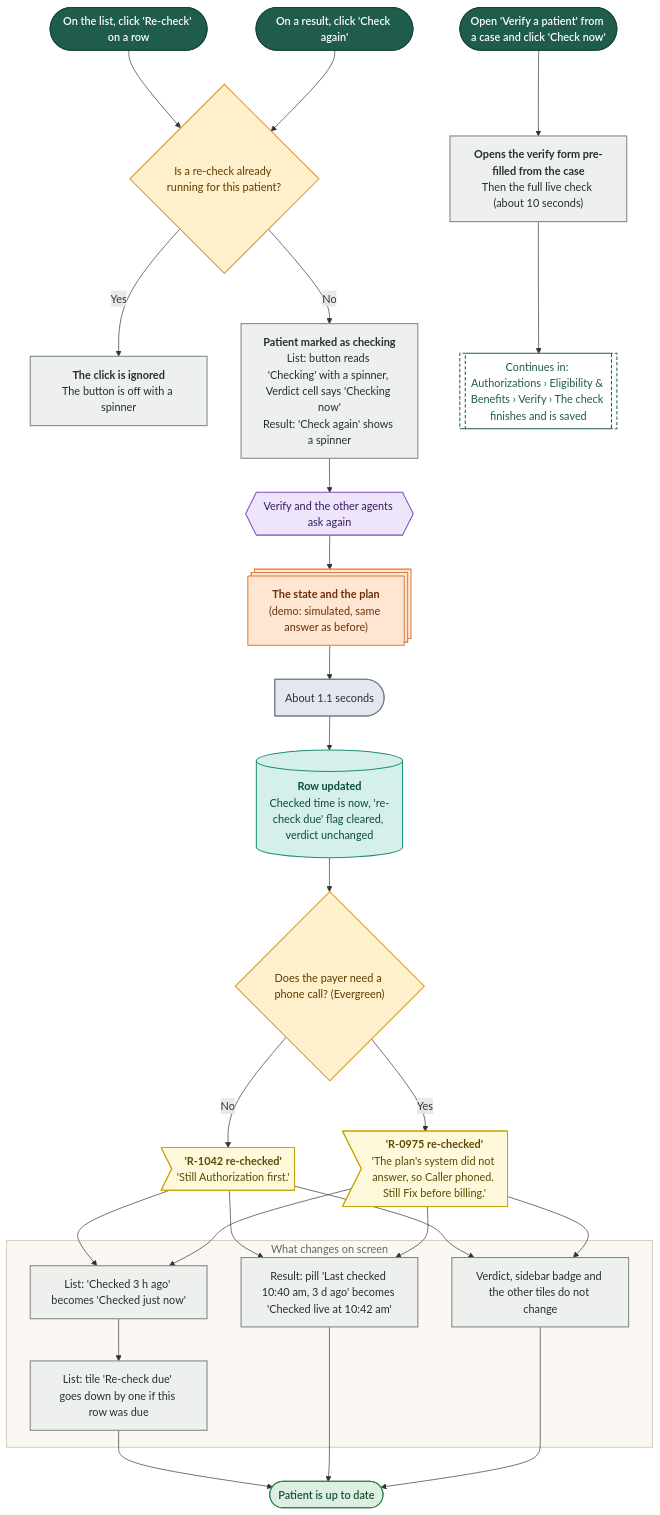
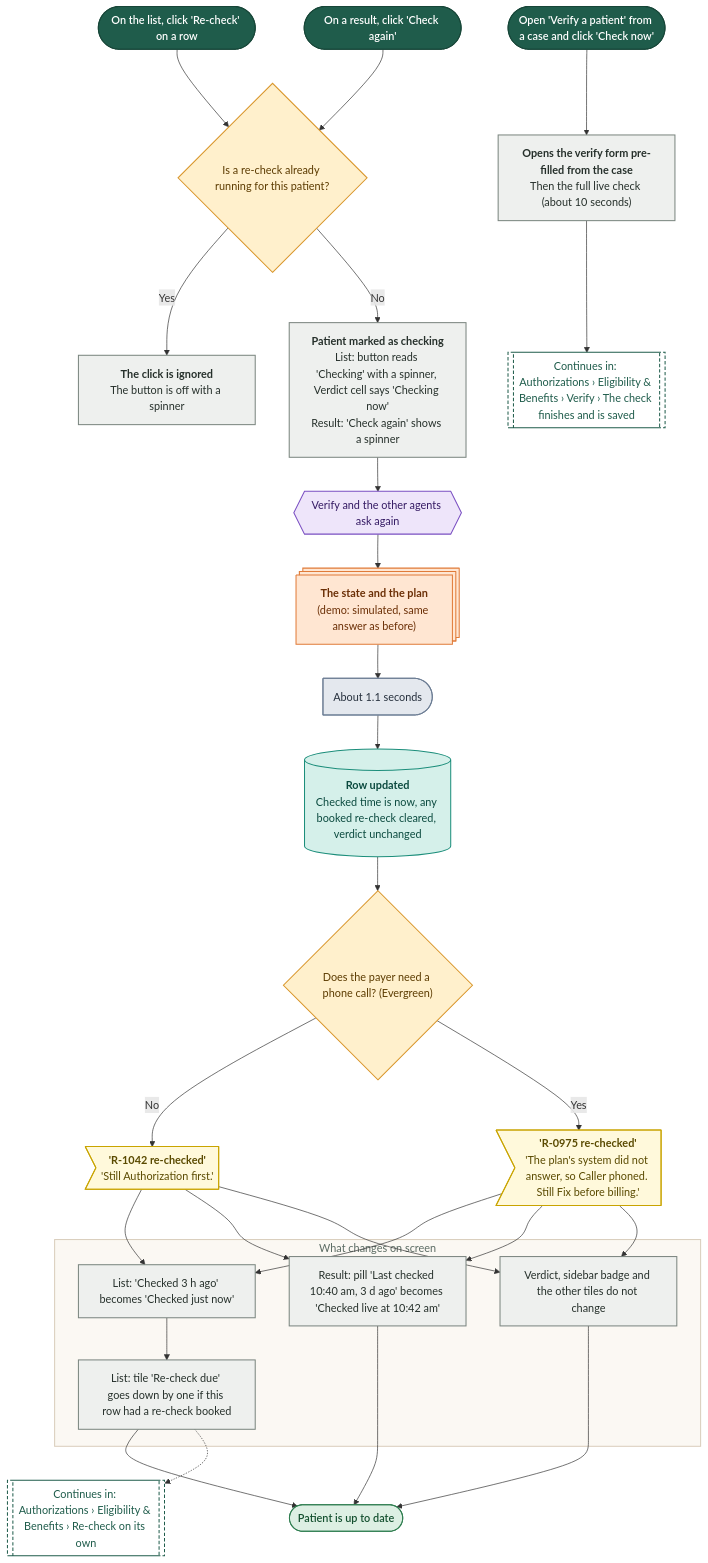
One commit to Shrav143/psyfloapp changed diagram 17 of 19 in demos/prior-auth-demo/workflows/out/md/05-eligibility.md. Above: the diagram before and after it, drawn with Mermaid. The commit also changed other lines of this file and 195 other files, not shown here.

First line of the commit message:
docs: Rebuild workflow diagrams after the demo fixes (220 diagrams)

````diff
--- a/demos/prior-auth-demo/workflows/out/md/05-eligibility.md
+++ b/demos/prior-auth-demo/workflows/out/md/05-eligibility.md
@@ -1172,65 +1304,67 @@
 ```mermaid
 %%{init: {"theme":"base","themeVariables":{"fontFamily":"'DM Sans', 'Segoe UI', system-ui, sans-serif","fontSize":"15px","lineColor":"#5B6B63","primaryTextColor":"#1C2B25","clusterBkg":"#FBF8F3","clusterBorder":"#D9CDBB","edgeLabelBackground":"#FFFFFF"},"flowchart":{"curve":"basis","nodeSpacing":36,"rankSpacing":48,"padding":12,"htmlLabels":true,"useMaxWidth":false,"wrappingWidth":230}} }%%
 flowchart TD
   classDef k_start fill:#1F5C4B,stroke:#174638,color:#FFFFFF,stroke-width:1.5px,font-weight:600
   classDef k_end fill:#DDEFE3,stroke:#2E7D4F,color:#14502F,stroke-width:1.5px,font-weight:600
   classDef k_endx fill:#FBE3E0,stroke:#C0392B,color:#7A1F16,stroke-width:1.5px,font-weight:600
   classDef k_screen fill:#FFFDF8,stroke:#1F5C4B,color:#1C2B25,stroke-width:2px
   classDef k_overlay fill:#F1F7F3,stroke:#1F5C4B,color:#1C2B25,stroke-width:2px,stroke-dasharray:5 3
   classDef k_click fill:#DCEBFA,stroke:#2F6DB5,color:#12365F,stroke-width:1.5px
   classDef k_input fill:#E4E7FF,stroke:#4C5FD5,color:#1D2670,stroke-width:1.5px
   classDef k_process fill:#EEF0EE,stroke:#7A857F,color:#26302B,stroke-width:1.5px
   classDef k_agent fill:#EEE5FA,stroke:#7A4FC2,color:#341A63,stroke-width:1.5px
   classDef k_decision fill:#FFF0CC,stroke:#D9962B,color:#5C3B00,stroke-width:1.5px
   classDef k_store fill:#D5F0EA,stroke:#1C8E7B,color:#0B4A3F,stroke-width:1.5px
   classDef k_doc fill:#F6E9DC,stroke:#B07A4C,color:#4A2E14,stroke-width:1.5px
   classDef k_ext fill:#FFE6D2,stroke:#E07B39,color:#6B2F06,stroke-width:1.5px
   classDef k_wait fill:#E4E8EE,stroke:#6B7C93,color:#26303D,stroke-width:1.5px
   classDef k_toast fill:#FFF9DB,stroke:#C9A400,color:#5A4A00,stroke-width:1.5px
   classDef k_goto fill:#FFFFFF,stroke:#1F5C4B,color:#1F5C4B,stroke-width:1.5px,stroke-dasharray:5 3
   a1@{ shape: stadium, label: "On the list, click 'Re-check' on a row" }
   a2@{ shape: stadium, label: "On a result, click 'Check again'" }
   a3@{ shape: stadium, label: "Open 'Verify a patient' from a case and click 'Check now'" }
   q1@{ shape: diam, label: "Is a re-check already running for this patient?" }
   p1@{ shape: rect, label: "<b>The click is ignored</b><br/>The button is off with a spinner" }
   p2@{ shape: rect, label: "<b>Patient marked as checking</b><br/>List: button reads 'Checking' with a spinner, Verdict cell says 'Checking now'<br/>Result: 'Check again' shows a spinner" }
   g0@{ shape: hex, label: "Verify and the other agents ask again" }
   x1@{ shape: st-rect, label: "<b>The state and the plan</b><br/>(demo: simulated, same answer as before)" }
   w1@{ shape: delay, label: "About 1.1 seconds" }
-  st1@{ shape: cyl, label: "<b>Row updated</b><br/>Checked time is now, 're-check due' flag cleared, verdict unchanged" }
+  st1@{ shape: cyl, label: "<b>Row updated</b><br/>Checked time is now, any booked re-check cleared, verdict unchanged" }
   q2@{ shape: diam, label: "Does the payer need a phone call? (Evergreen)" }
   t1@{ shape: odd, label: "<b>'R-1042 re-checked'</b><br/>'Still Authorization first.'" }
   t2@{ shape: odd, label: "<b>'R-0975 re-checked'</b><br/>'The plan's system did not answer, so Caller phoned. Still Fix before billing.'" }
   subgraph gAfter ["What changes on screen"]
   r1@{ shape: rect, label: "List: 'Checked 3 h ago' becomes 'Checked just now'" }
-  r2@{ shape: rect, label: "List: tile 'Re-check due' goes down by one if this row was due" }
+  r2@{ shape: rect, label: "List: tile 'Re-check due' goes down by one if this row had a re-check booked" }
   r3@{ shape: rect, label: "Result: pill 'Last checked 10:40 am, 3 d ago' becomes 'Checked live at 10:42 am'" }
   r4@{ shape: rect, label: "Verdict, sidebar badge and the other tiles do not change" }
   end
   v1@{ shape: rect, label: "<b>Opens the verify form pre-filled from the case</b><br/>Then the full live check (about 10 seconds)" }
   g1@{ shape: subproc, label: "Continues in: Authorizations › Eligibility & Benefits › Verify › The check finishes and is saved" }
+  g2@{ shape: subproc, label: "Continues in: Authorizations › Eligibility & Benefits › Re-check on its own" }
   e1@{ shape: stadium, label: "Patient is up to date" }
   a1 --> q1
   a2 --> q1
   q1 -->|"Yes"| p1
   q1 -->|"No"| p2 --> g0 --> x1 --> w1 --> st1 --> q2
   q2 -->|"No"| t1
   q2 -->|"Yes"| t2
   t1 --> r1 & r3 & r4
   t2 --> r1 & r3 & r4
   r1 --> r2 --> e1
   r3 --> e1
   r4 --> e1
+  r2 -.-> g2
   a3 --> v1 --> g1
   class a1,a2,a3 k_start
   class q1,q2 k_decision
   class p1,p2,r1,r2,r3,r4,v1 k_process
   class g0 k_agent
   class x1 k_ext
   class w1 k_wait
   class st1 k_store
   class t1,t2 k_toast
-  class g1 k_goto
+  class g1,g2 k_goto
   class e1 k_end
   style gAfter fill:#FBF8F3,stroke:#D9CDBB,stroke-width:1.5px,color:#5B6B63
 ```
````
